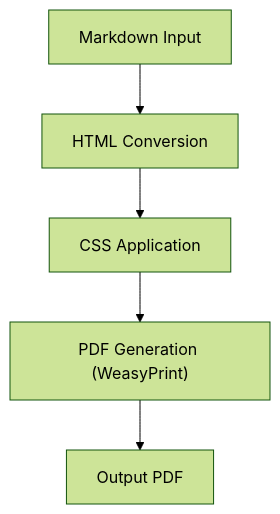
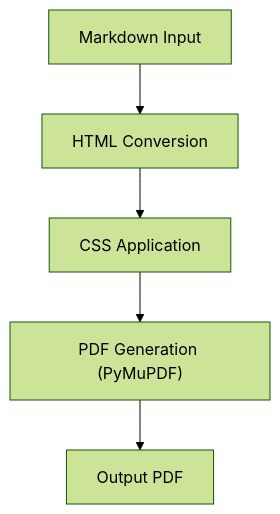
One commit to neoalienson/md_export_pdf changed the diagram in README.md. Above: the diagram before and after it, drawn with Mermaid (forest theme). The commit also changed other lines of this file and 18 other files, not shown here.

````diff
--- a/README.md
+++ b/README.md
@@ -18,7 +18,7 @@
 ```mermaid
 graph TD
     A[Markdown Input] --> B[HTML Conversion];
     B --> C[CSS Application];
-    C --> D["PDF Generation (WeasyPrint)"];
+    C --> D["PDF Generation (PyMuPDF)"];
     D --> E[Output PDF];
 ```
````
